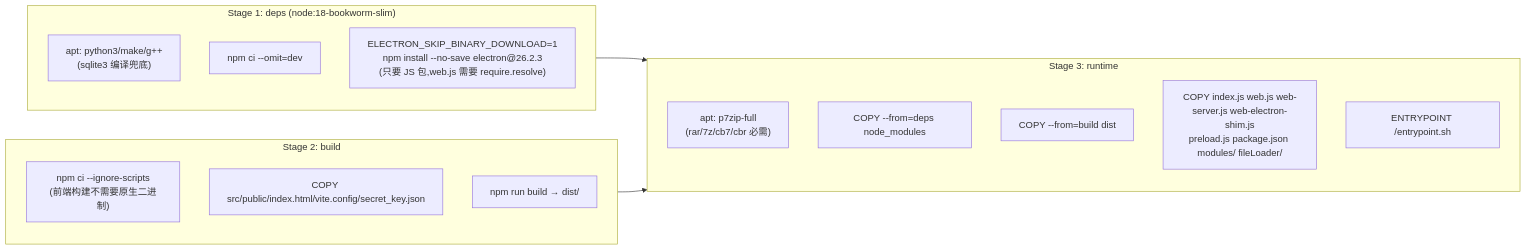
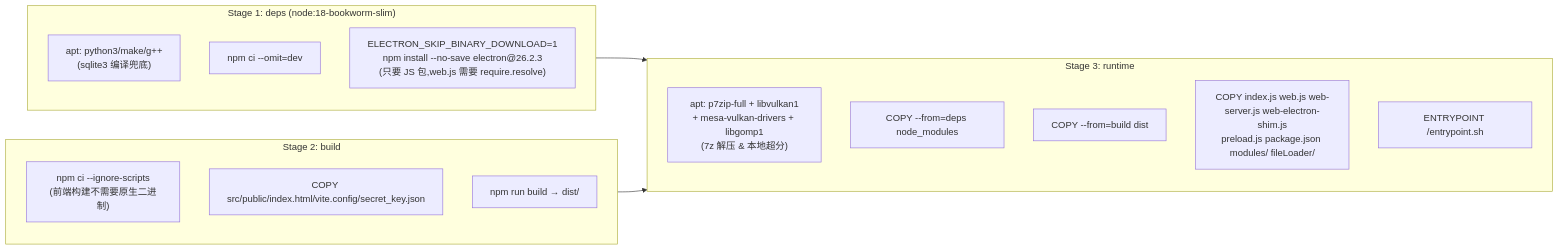
One commit to universc/exhentai-manga-manager--docker-ds changed diagram 15 of 15 in 实现逻辑详解.md. Above: the diagram before and after it, drawn with Mermaid. The commit also changed other lines of this file and 12 other files, not shown here.

````diff
--- a/实现逻辑详解.md
+++ b/实现逻辑详解.md
@@ -1184,22 +1340,22 @@
 ```mermaid
 flowchart LR
     subgraph S1["Stage 1: deps (node:18-bookworm-slim)"]
         D1["apt: python3/make/g++<br/>(sqlite3 编译兜底)"]
         D2["npm ci --omit=dev"]
         D3["ELECTRON_SKIP_BINARY_DOWNLOAD=1<br/>npm install --no-save electron@26.2.3<br/>(只要 JS 包,web.js 需要 require.resolve)"]
     end
     subgraph S2["Stage 2: build"]
         B1["npm ci --ignore-scripts<br/>(前端构建不需要原生二进制)"]
         B2["COPY src/public/index.html/vite.config/secret_key.json"]
         B3["npm run build → dist/"]
     end
     subgraph S3["Stage 3: runtime"]
-        R1["apt: p7zip-full<br/>(rar/7z/cb7/cbr 必需)"]
+        R1["apt: p7zip-full + libvulkan1<br/>+ mesa-vulkan-drivers + libgomp1<br/>(7z 解压 & 本地超分)"]
         R2["COPY --from=deps node_modules"]
         R3["COPY --from=build dist"]
         R4["COPY index.js web.js web-server.js web-electron-shim.js<br/>preload.js package.json modules/ fileLoader/"]
         R5["ENTRYPOINT /entrypoint.sh"]
     end
     S1 --> S3
     S2 --> S3
 ```
````
